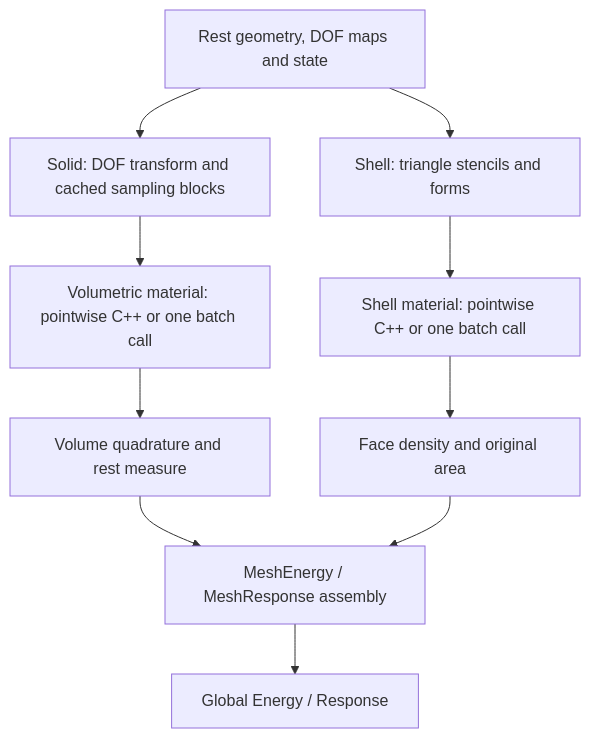
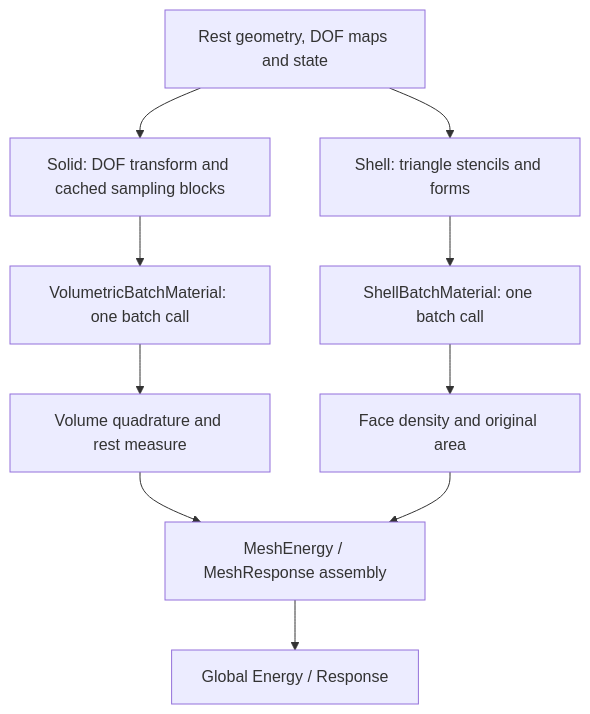
The diagram in docs/guide/fem/index.md (annajcy/litepgo), drawn with Mermaid before and after one commit. The commit also changed other lines of this file and 23 other files, not shown here.

````diff
--- a/docs/guide/fem/index.md
+++ b/docs/guide/fem/index.md
@@ -14,14 +14,14 @@
 ```mermaid
 flowchart TB
   accTitle: FEM module evaluation architecture
-  accDescr: Fixed spatial responses are sampled at construction. Physical displacement DOFs pass through basis transforms and affine deformation-gradient sampling blocks, or shell stencil kinematics, into material formulas (native pointwise or one batch call, such as a Python material) and global assembly.
+  accDescr: Fixed spatial responses are sampled at construction. Physical displacement DOFs pass through basis transforms and affine deformation-gradient sampling blocks, or shell stencil kinematics, into the batch material interface (with a native pointwise adapter or a Python implementation) and global assembly.
   inputs["Rest geometry, DOF maps and state"] --> solid["Solid: DOF transform and cached sampling blocks"]
   inputs --> shell["Shell: triangle stencils and forms"]
-  solid --> solidLocal["Volumetric material: pointwise C++ or one batch call"]
-  shell --> shellLocal["Shell material: pointwise C++ or one batch call"]
+  solid --> solidLocal["VolumetricBatchMaterial: one batch call"]
+  shell --> shellLocal["ShellBatchMaterial: one batch call"]
   solidLocal --> volume["Volume quadrature and rest measure"]
   shellLocal --> area["Face density and original area"]
   volume --> assembly["MeshEnergy / MeshResponse assembly"]
   area --> assembly
   assembly --> api["Global Energy / Response"]
 ```
````
